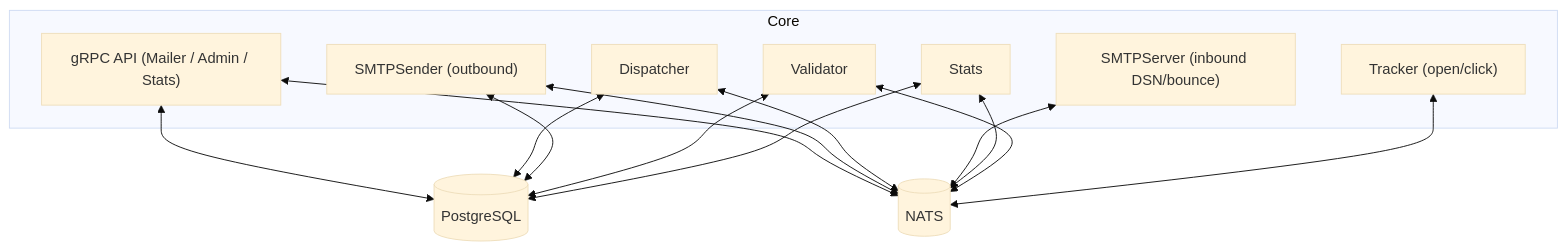
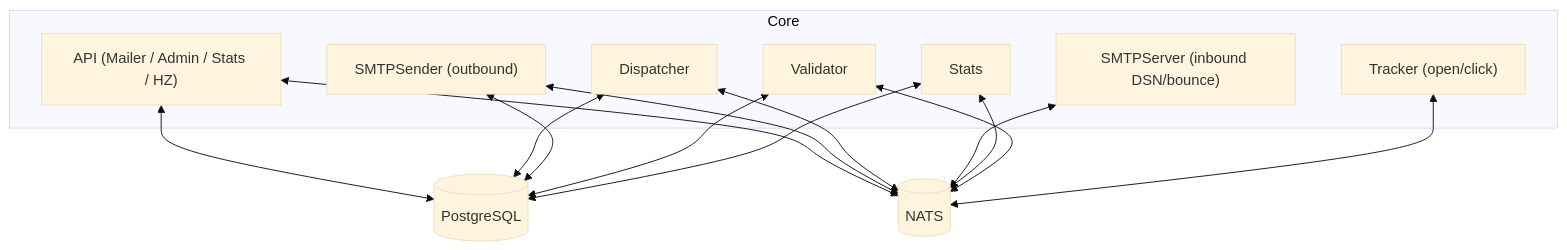
One commit to kannon-email/kannon changed the diagram in README.md. Above: the diagram before and after it, drawn with Mermaid (base theme). The commit also changed other lines of this file, not shown here.

````diff
--- a/README.md
+++ b/README.md
@@ -66,26 +68,26 @@
 ```mermaid
 flowchart TD
     subgraph Core
-        API["gRPC API (Mailer / Admin / Stats)"]
+        API["API (Mailer / Admin / Stats / HZ)"]
         SMTPServer["SMTPServer (inbound DSN/bounce)"]
         SMTPSender["SMTPSender (outbound)"]
         Dispatcher["Dispatcher"]
         Validator["Validator"]
         Tracker["Tracker (open/click)"]
         Stats["Stats"]
     end
     DB[(PostgreSQL)]
     NATS[(NATS)]
     API <--> DB
     Dispatcher <--> DB
     SMTPSender <--> DB
     Validator <--> DB
     Stats <--> DB
     API <--> NATS
     SMTPSender <--> NATS
     Dispatcher <--> NATS
     SMTPServer <--> NATS
     Stats <--> NATS
     Validator <--> NATS
     Tracker <--> NATS
 ```
````
